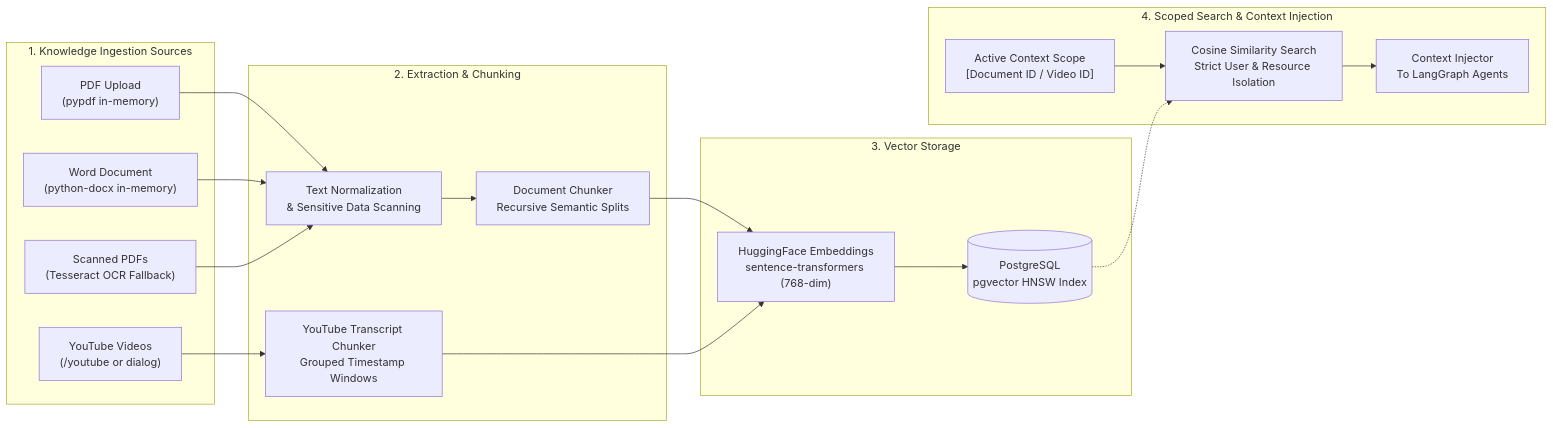
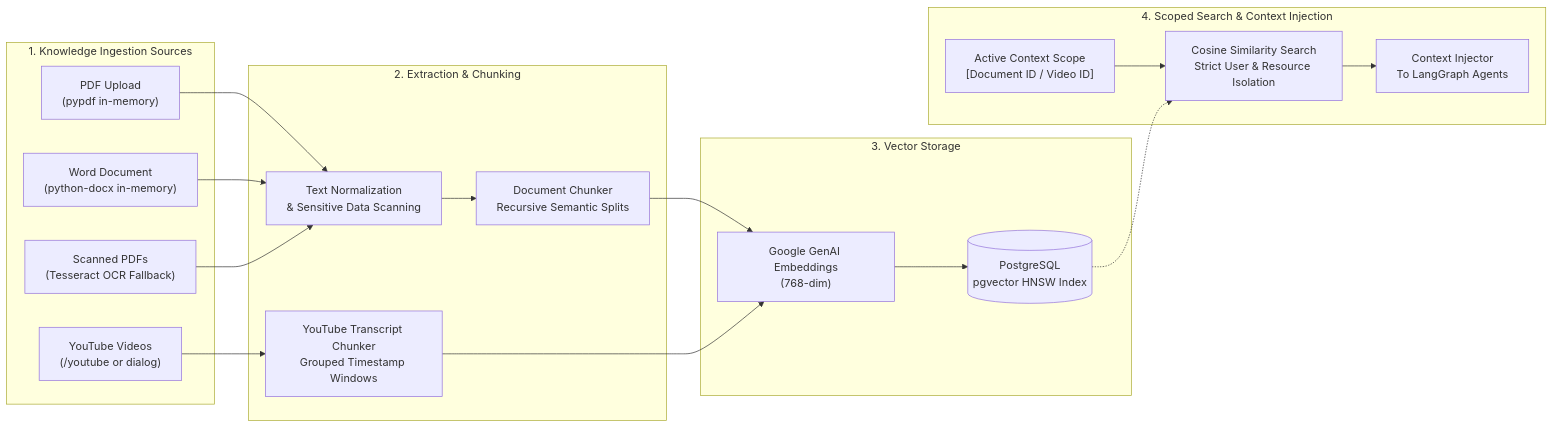
The third of 4 diagrams in README.md (Sandeep-singh-99/Nexora-AI), drawn with Mermaid before and after one commit. The commit also changed other lines of this file and 8 other files, not shown here.

````diff
--- a/README.md
+++ b/README.md
@@ -219,38 +219,38 @@
 ```mermaid
 flowchart LR
     subgraph Ingestion ["1. Knowledge Ingestion Sources"]
         A1["PDF Upload\n(pypdf in-memory)"]
         A2["Word Document\n(python-docx in-memory)"]
         A3["Scanned PDFs\n(Tesseract OCR Fallback)"]
         A4["YouTube Videos\n(/youtube <url> or dialog)"]
     end
 
     subgraph Processing ["2. Extraction & Chunking"]
         B1["Text Normalization\n& Sensitive Data Scanning"]
         B2["Document Chunker\nRecursive Semantic Splits"]
         B3["YouTube Transcript Chunker\nGrouped Timestamp Windows"]
     end
 
     subgraph Embedding_Store ["3. Vector Storage"]
-        C1["HuggingFace Embeddings\nsentence-transformers (768-dim)"]
+        C1["Google GenAI Embeddings\n(768-dim)"]
         C2[("PostgreSQL\npgvector HNSW Index")]
     end
 
     subgraph Retrieval ["4. Scoped Search & Context Injection"]
         D1["Active Context Scope\n[Document ID / Video ID]"]
         D2["Cosine Similarity Search\nStrict User & Resource Isolation"]
         D3["Context Injector\nTo LangGraph Agents"]
     end
 
     A1 --> B1
     A2 --> B1
     A3 --> B1
     A4 --> B3
     B1 --> B2
     B2 --> C1
     B3 --> C1
     C1 --> C2
     D1 --> D2
     C2 -.-> D2
     D2 --> D3
 ```
````
